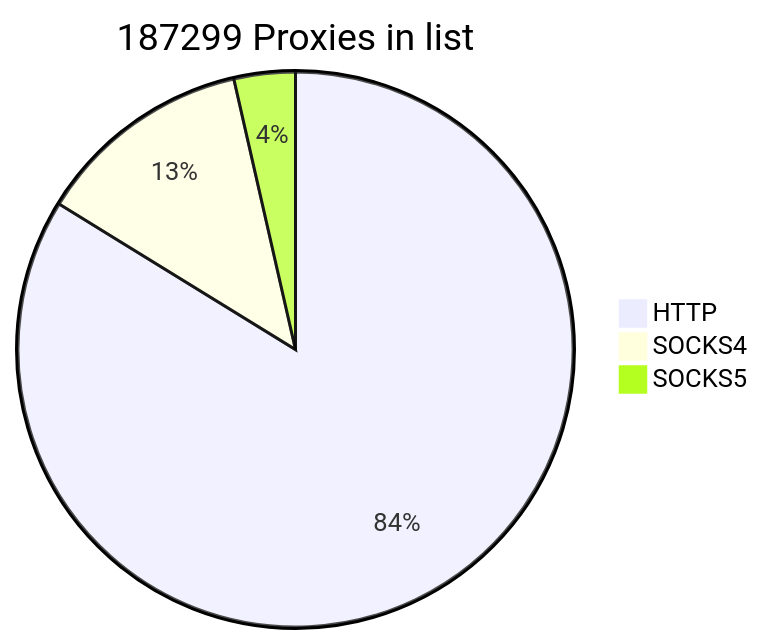
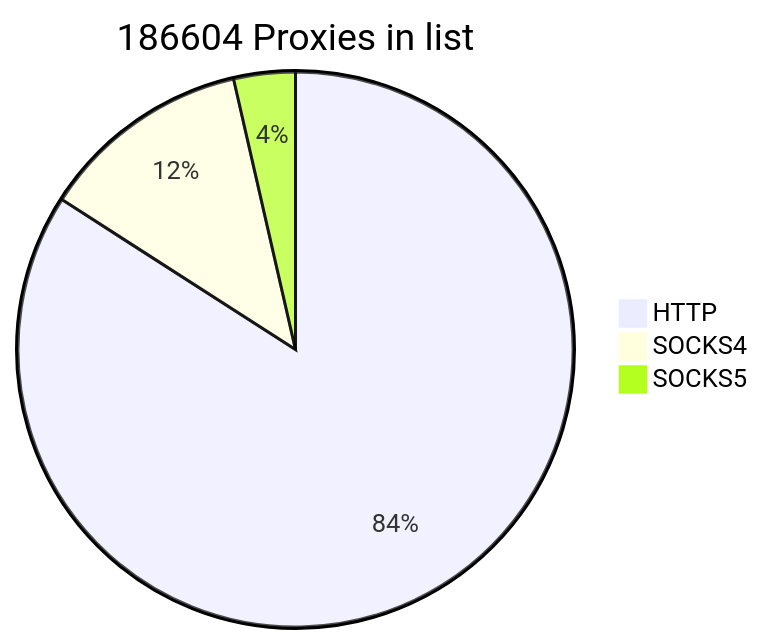
The first of 2 diagrams in README.md (cutipu/proxylist), drawn with Mermaid before and after one commit. The commit also changed other lines of this file, not shown here.

````diff
--- a/README.md
+++ b/README.md
@@ -2,7 +2,7 @@
 ```mermaid
-pie title 187299 Proxies in list
-    "HTTP" : 156927
-    "SOCKS4" : 23690
-    "SOCKS5" : 6682
+pie title 186604 Proxies in list
+    "HTTP" : 156901
+    "SOCKS4" : 23020
+    "SOCKS5" : 6683
             
 ```
````
